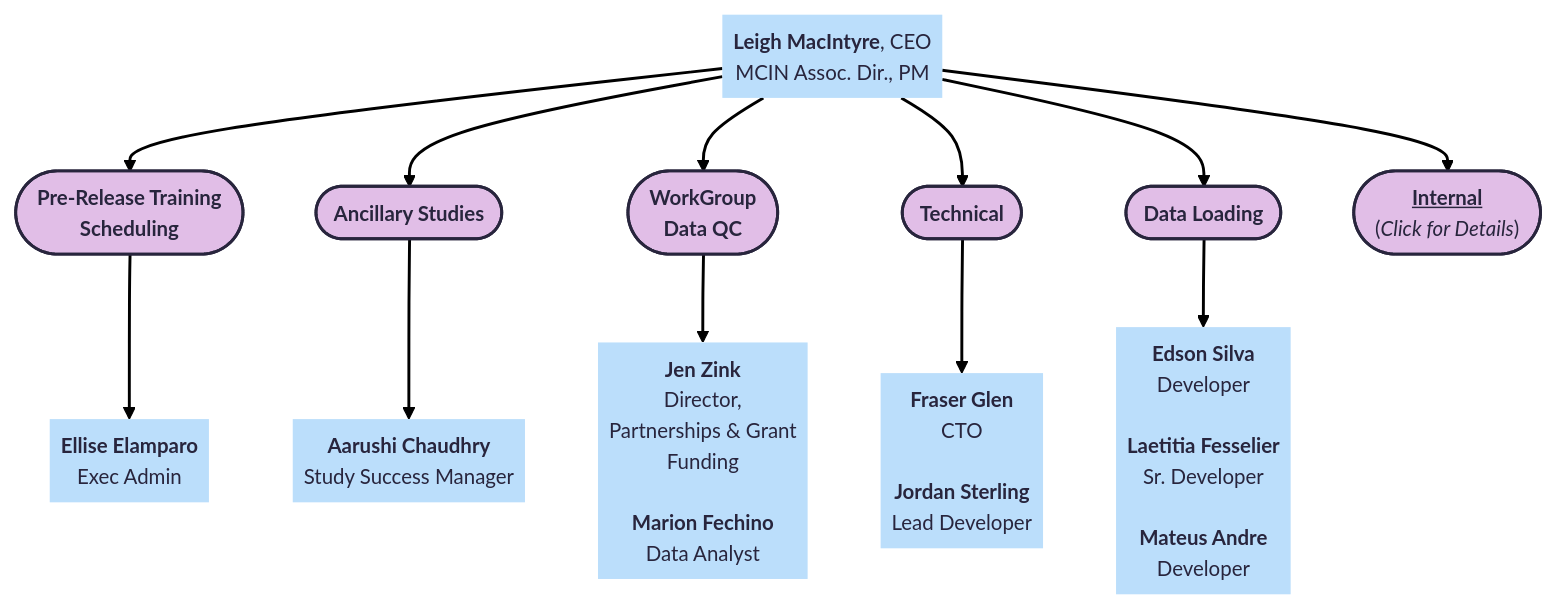
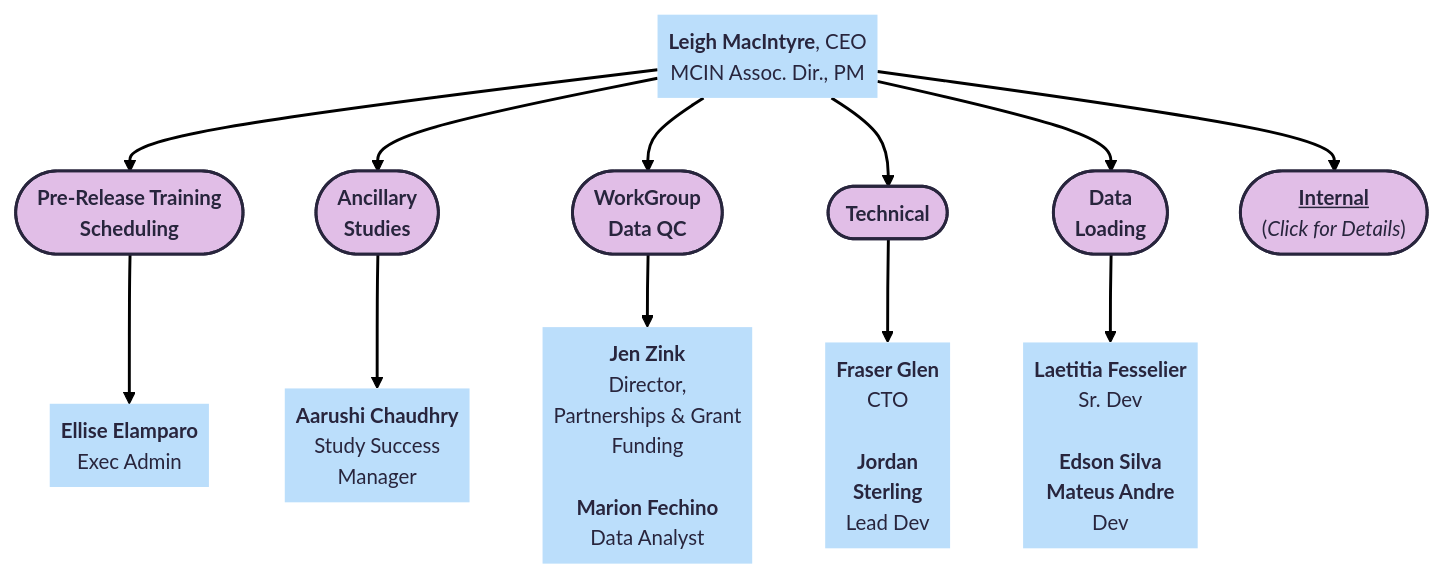
The third of 10 diagrams in docs/orgcharts.md (DCAN-Labs/hbcd-docs-internal), drawn with Mermaid before and after one commit.

Commit message:
make lasso more concsie

````diff
--- a/docs/orgcharts.md
+++ b/docs/orgcharts.md
@@ -329,33 +329,33 @@
 ```mermaid
 ---
 config:
   theme: redux
 ---
 flowchart TB
-    A["<b>Leigh MacIntyre</b>, CEO<br>MCIN Assoc. Dir., PM"] --> B(["<b>Pre-Release Training<br>Scheduling<br></b>"]) & n1(["<b>Ancillary Studies</b>"]) & n2(["<b>WorkGroup<br>Data QC</b>"]) & n3(["<b>Technical</b>"]) & n4(["<b>Data Loading</b>"]) & n18@{ label: "<b style=\"color:\"><u>Internal</u><br></b>(<i>Click for Details</i>)" }
+    A["<b>Leigh MacIntyre</b>, CEO<br>MCIN Assoc. Dir., PM"] --> B(["<b>Pre-Release Training<br>Scheduling<br></b>"]) & n1(["<b>Ancillary<br>Studies</b>"]) & n2(["<b>WorkGroup<br>Data QC</b>"]) & n3(["<b>Technical</b>"]) & n4(["<b>Data<br>Loading</b>"]) & n18@{ label: "<b style=\"color:\"><u>Internal</u><br></b>(<i>Click for Details</i>)" }
     B --> n5["<b>Ellise Elamparo</b><br>Exec Admin"]
-    n1 --> n6["<b>Aarushi Chaudhry<br></b>Study Success Manager"]
+    n1 --> n6["<b>Aarushi Chaudhry<br></b>Study Success<br>Manager"]
     n2 --> n7["<b>Jen Zink<br></b>Director,<br>Partnerships &amp; Grant<br>Funding<br><br><b>Marion Fechino</b><br>Data Analyst"]
-    n3 --> n8["<b>Fraser Glen<br></b>CTO<br><br><b>Jordan Sterling<br></b>Lead Developer"]
-    n4 --> n9["<b>Edson Silva<br></b>Developer<br><br><b>Laetitia Fesselier<br></b>Sr. Developer<br><br><b>Mateus Andre<br></b>Developer"]
+    n3 --> n8["<b>Fraser Glen<br></b>CTO<br><br><b>Jordan<br>Sterling<br></b>Lead Dev"]
+    n4 --> n9@{ label: "<span style=\"--tw-scale-x:\"><b>Laetitia Fesselier<br style=\"--tw-scale-x:\"></b></span>Sr. Dev<br><b><br>Edson Silva</b><br><b>Mateus Andre<br></b>Dev" }
     A@{ shape: text}
     n18@{ shape: stadium}
     n5@{ shape: text}
     n6@{ shape: text}
     n7@{ shape: text}
     n8@{ shape: text}
     n9@{ shape: text}
     style A fill:#BBDEFB
     style B fill:#E1BEE7
     style n1 fill:#E1BEE7
     style n2 fill:#E1BEE7
     style n3 fill:#E1BEE7
     style n4 fill:#E1BEE7
     style n18 fill:#E1BEE7
     style n5 fill:#BBDEFB
     style n6 fill:#BBDEFB
     style n7 fill:#BBDEFB
     style n8 fill:#BBDEFB
     style n9 fill:#BBDEFB
     click n18 "#internal-non-consortium-facing"
 ```
````
